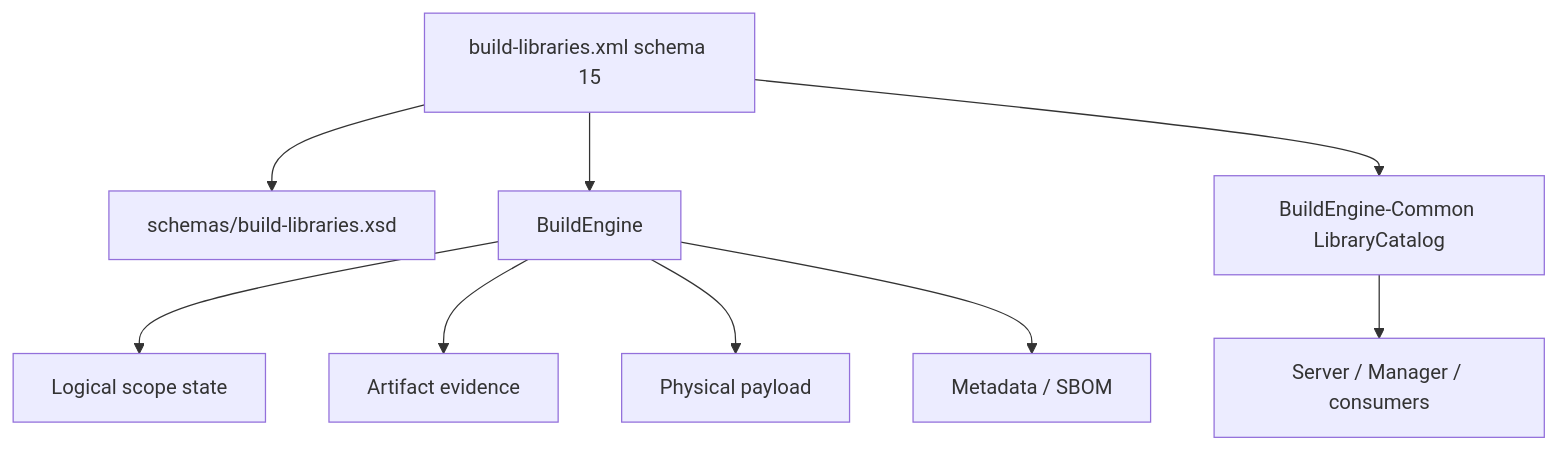
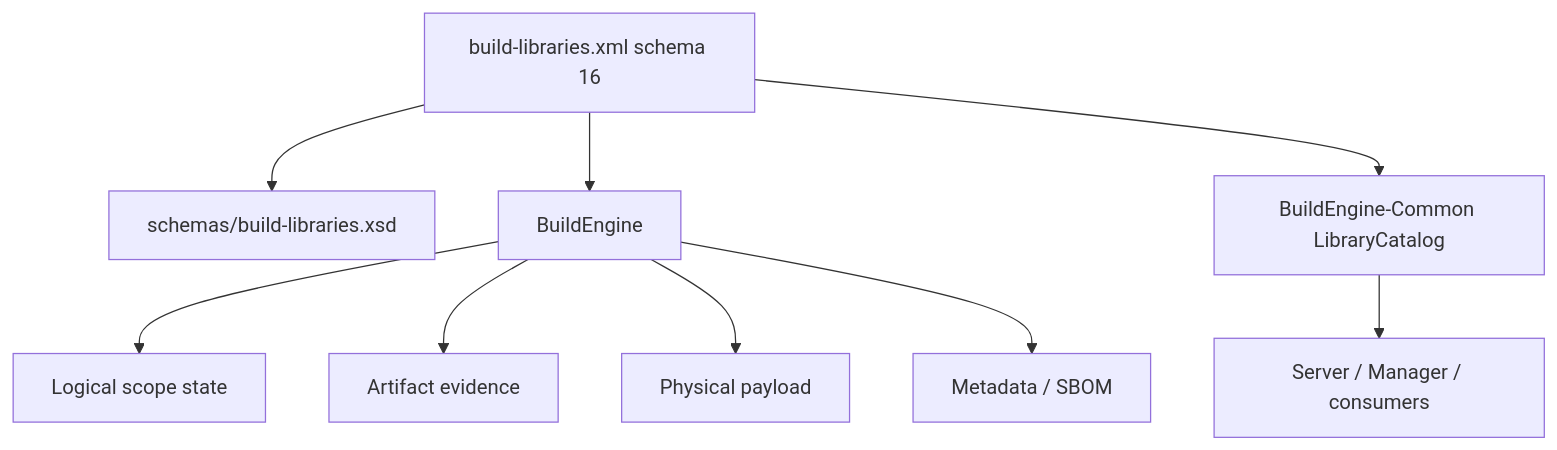
The first of 2 diagrams in admin/server-docs/build-libraries.md (adeccscholar/BuildEngine-Admin), drawn with Mermaid before and after one commit. The commit also changed other lines of this file, not shown here.

Commit message:
Document schema 16 project imports

````diff
--- a/admin/server-docs/build-libraries.md
+++ b/admin/server-docs/build-libraries.md
@@ -22,11 +22,11 @@
 ```mermaid
 flowchart TD
-    XML[build-libraries.xml schema 15] --> XSD[schemas/build-libraries.xsd]
+    XML[build-libraries.xml schema 16] --> XSD[schemas/build-libraries.xsd]
     XML --> BE[BuildEngine]
     XML --> C[BuildEngine-Common LibraryCatalog]
     BE --> STATE[Logical scope state]
     BE --> ART[Artifact evidence]
     BE --> PKG[Physical payload]
     BE --> META[Metadata / SBOM]
     C --> S[Server / Manager / consumers]
 ```
````
